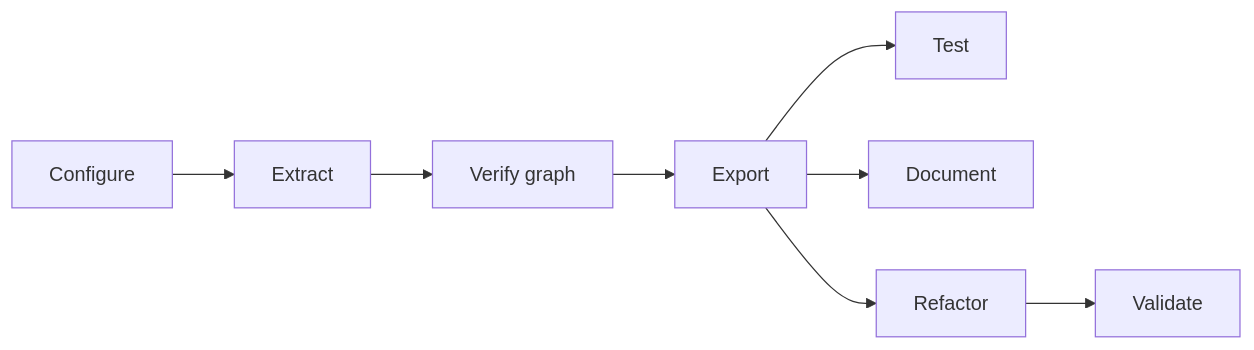
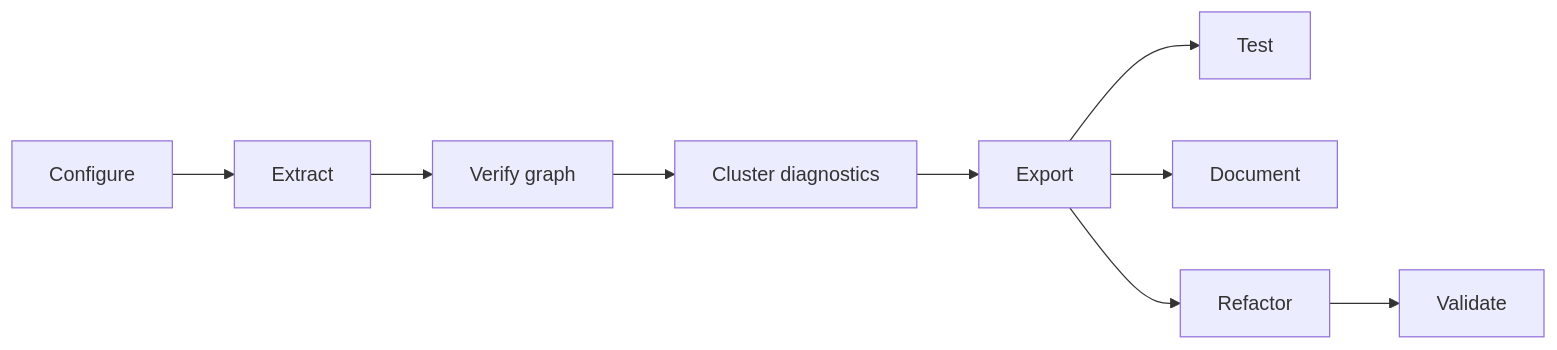
The diagram in README.md (Teal-Insights/extraction-pipeline-template), drawn with Mermaid before and after one commit. The commit also changed other lines of this file and 2 other files, not shown here.

First line of the commit message:
Document cluster diagnostics as a pre-export onboarding gate (#287)

````diff
--- a/README.md
+++ b/README.md
@@ -61,10 +62,11 @@
 ```mermaid
 flowchart LR
   configure[Configure] --> extract[Extract]
   extract --> verifyGraph[Verify graph]
-  verifyGraph --> export[Export]
+  verifyGraph --> clusterDiag[Cluster diagnostics]
+  clusterDiag --> export[Export]
   export --> test[Test]
   export --> document[Document]
   export --> refactor[Refactor]
   refactor --> validate[Validate]
 ```
````
